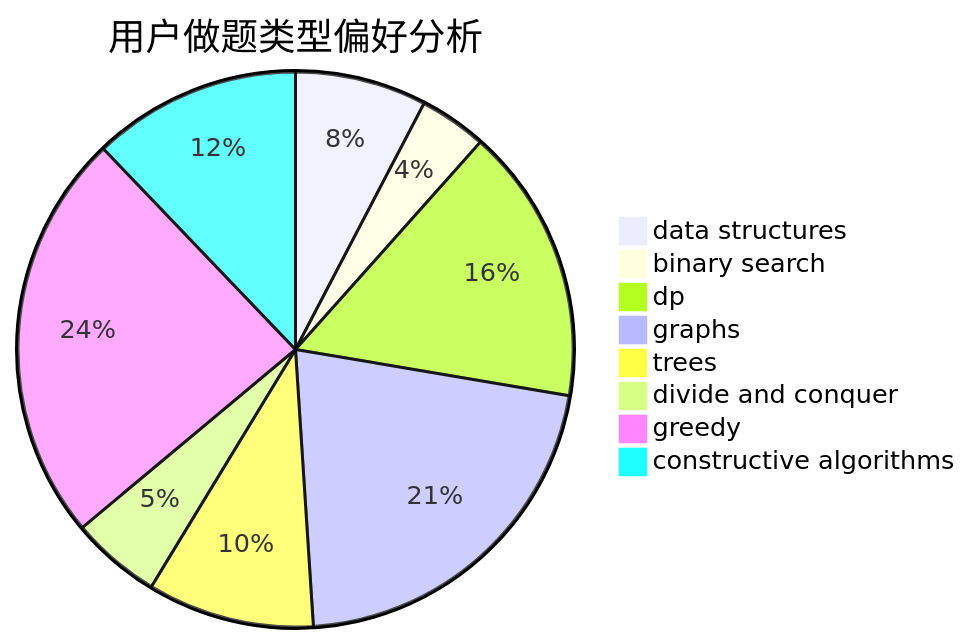
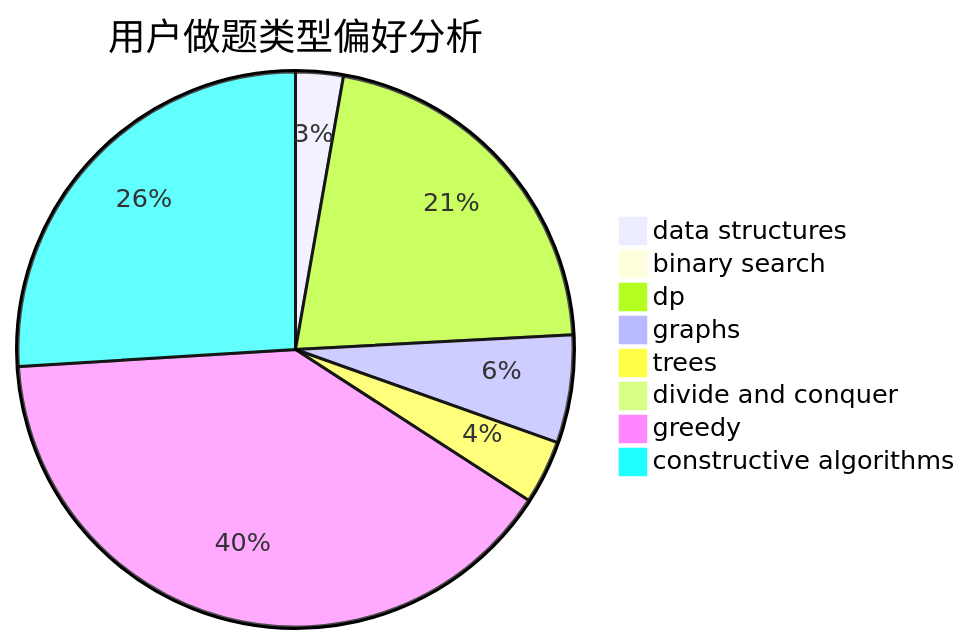
Before and after one commit to sherpahu/cfrs.github.io: the second of 3 diagrams in docs/user/u127.md, drawn with Mermaid. The commit also changed other lines of this file and 2770 other files, not shown here.

````diff
--- a/docs/user/u127.md
+++ b/docs/user/u127.md
@@ -23,11 +23,11 @@
 ```mermaid
 pie title 用户做题类型偏好分析
     "data structures" :  41
-    "binary search" :  21
-    "dp" :  86
-    "graphs" :  114
-    "trees" :  52
-    "divide and conquer" :  28
-    "greedy" :  128
-    "constructive algorithms" :  65
+    "binary search" :  5
+    "dp" :  317
+    "graphs" :  93
+    "trees" :  55
+    "divide and conquer" :  6
+    "greedy" :  591
+    "constructive algorithms" :  385
 ```
````
